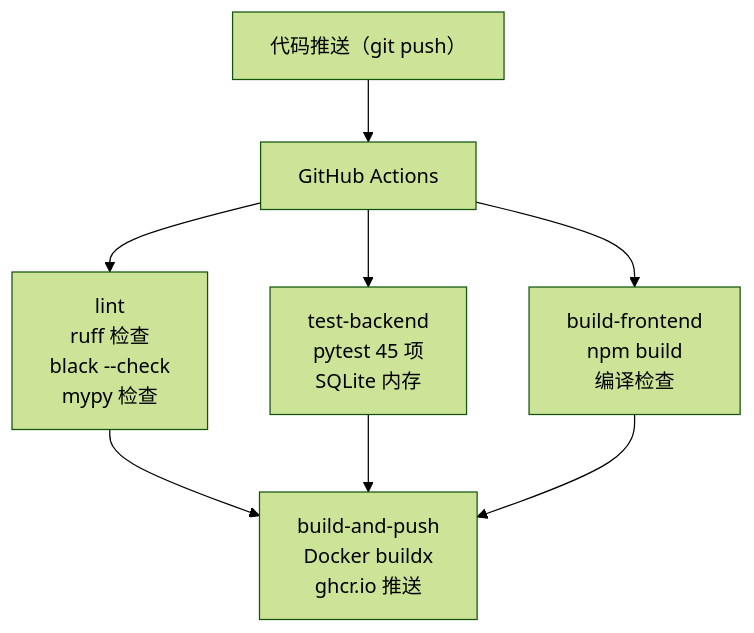
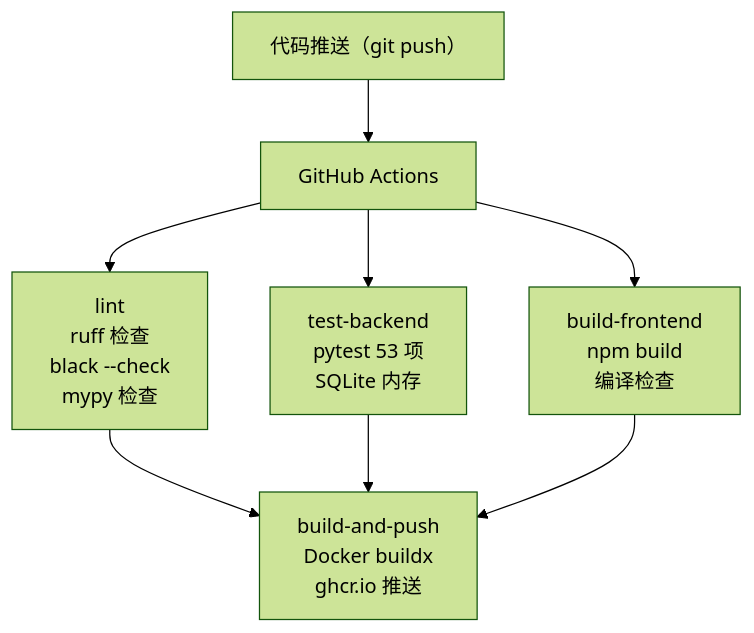
Before and after one commit to zhou-xingxing/hcs-lld-management: the fourth of 4 diagrams in SYSTEM_DESIGN.md, drawn with Mermaid (forest theme). The commit also changed other lines of this file and 41 other files, not shown here.

````diff
--- a/SYSTEM_DESIGN.md
+++ b/SYSTEM_DESIGN.md
@@ -566,10 +674,10 @@
 ```mermaid
 graph TB
     Push["代码推送（git push）"] --> GHA["GitHub Actions"]
     GHA --> Lint["lint<br/>ruff 检查<br/>black --check<br/>mypy 检查"]
-    GHA --> Test["test-backend<br/>pytest 45 项<br/>SQLite 内存"]
+    GHA --> Test["test-backend<br/>pytest 53 项<br/>SQLite 内存"]
     GHA --> Build["build-frontend<br/>npm build<br/>编译检查"]
     Lint --> Publish["build-and-push<br/>Docker buildx<br/>ghcr.io 推送"]
     Test --> Publish
     Build --> Publish
 ```
````
